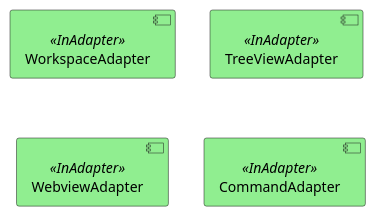
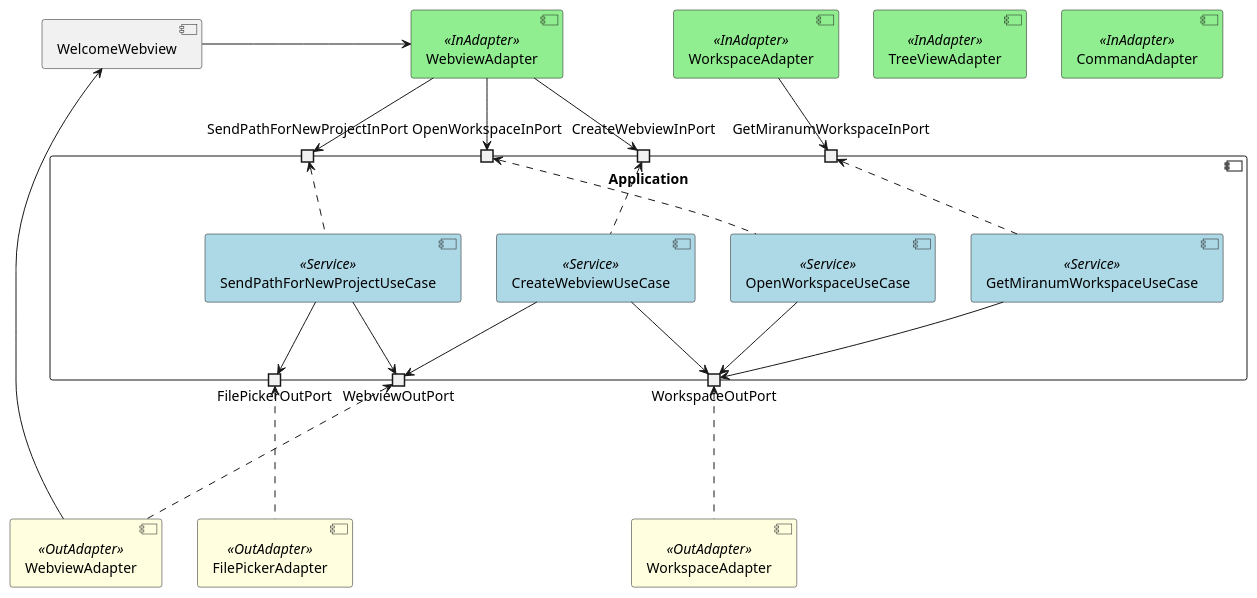
The diagram in apps/miranum-console-v2/docs/Architecture.puml (Miragon/miranum-ide), drawn with PlantUML before and after one commit. The commit also changed 9 other files, not shown here.

Commit message:
refactor: restructure architecture

```diff
--- a/apps/miranum-console-v2/docs/Architecture.puml
+++ b/apps/miranum-console-v2/docs/Architecture.puml
@@ -1,15 +1,68 @@
 @startuml
 'https://plantuml.com/component-diagram
 
 skinparam component {
   backgroundColor<<InAdapter>> LightGreen
   backgroundColor<<Service>> LightBlue
   backgroundColor<<OutAdapter>> LightYellow
 }
 
+component WelcomeWebview
+
 component WorkspaceAdapter as WorkspaceInAdapter <<InAdapter>>
 component TreeViewAdapter as TreeViewInAdapter <<InAdapter>>
 component WebviewAdapter as WebviewInAdapter <<InAdapter>>
 component CommandAdapter as CommandInAdapter <<InAdapter>>
 
+WebviewInAdapter -[hidden]r-> WorkspaceInAdapter
+WorkspaceInAdapter -[hidden]r-> TreeViewInAdapter
+TreeViewInAdapter -[hidden]r-> CommandInAdapter
+
+component Application {
+    portin CreateWebviewInPort
+    portin GetMiranumWorkspaceInPort
+    portin SendPathForNewProjectInPort
+    portin OpenWorkspaceInPort
+
+    portout WorkspaceOutPort
+    portout WebviewOutPort
+    portout FilePickerOutPort
+
+    component CreateWebviewUseCase <<Service>>
+    component GetMiranumWorkspaceUseCase <<Service>>
+    component SendPathForNewProjectUseCase <<Service>>
+    component OpenWorkspaceUseCase <<Service>>
+}
+
+component WebviewAdapter as WebviewOutAdapter <<OutAdapter>>
+component WorkspaceAdapter as WorkspaceOutAdapter <<OutAdapter>>
+component FilePickerAdapter as FilePickerOutAdapter <<OutAdapter>>
+
+FilePickerOutAdapter -[hidden]l-> WebviewOutAdapter
+
+WorkspaceInAdapter -d-> GetMiranumWorkspaceInPort
+WebviewInAdapter -d-> CreateWebviewInPort
+WebviewInAdapter -d-> SendPathForNewProjectInPort
+WebviewInAdapter -d-> OpenWorkspaceInPort
+
+GetMiranumWorkspaceUseCase .u.> GetMiranumWorkspaceInPort
+CreateWebviewUseCase .u.> CreateWebviewInPort
+SendPathForNewProjectUseCase .u.> SendPathForNewProjectInPort
+OpenWorkspaceUseCase .u.> OpenWorkspaceInPort
+
+CreateWebviewUseCase -d-> WebviewOutPort
+CreateWebviewUseCase -d-> WorkspaceOutPort
+GetMiranumWorkspaceUseCase -d-> WorkspaceOutPort
+SendPathForNewProjectUseCase -d-> WebviewOutPort
+SendPathForNewProjectUseCase -d-> FilePickerOutPort
+OpenWorkspaceUseCase -d-> WorkspaceOutPort
+
+WorkspaceOutAdapter .u.-> WorkspaceOutPort
+WebviewOutAdapter .u.-> WebviewOutPort
+FilePickerOutAdapter .u.-> FilePickerOutPort
+
+WelcomeWebview -[hidden]l-> Application
+WelcomeWebview -r-> WebviewInAdapter
+WelcomeWebview <-- WebviewOutAdapter
+
 @enduml
```
